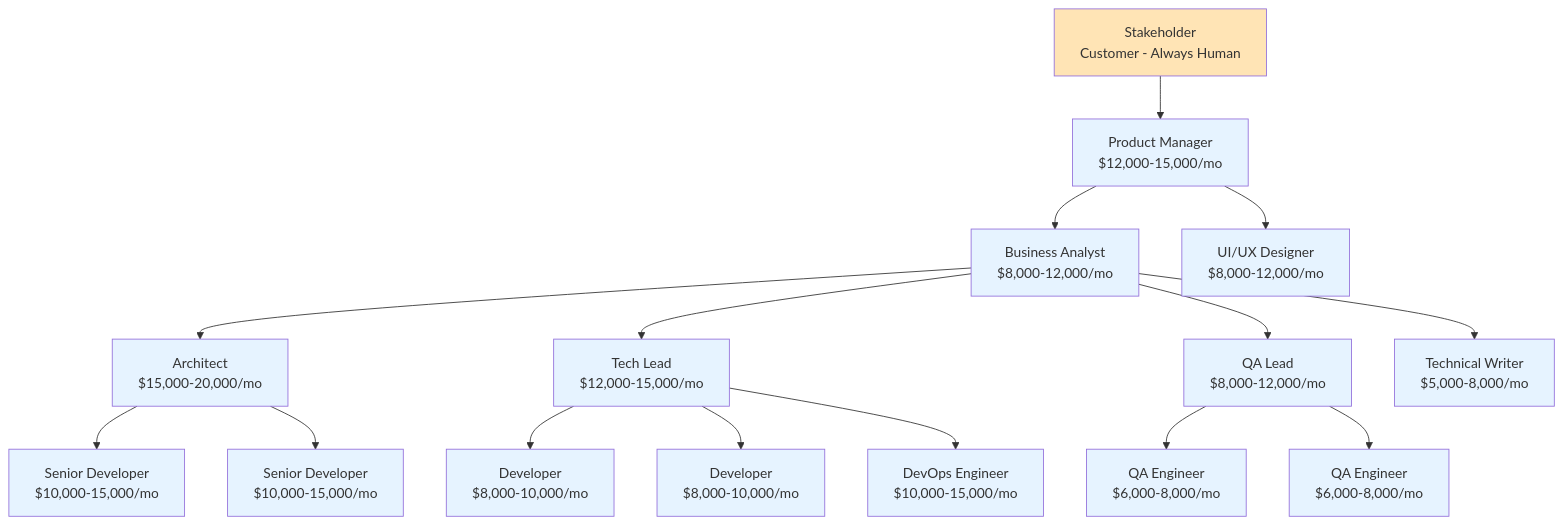
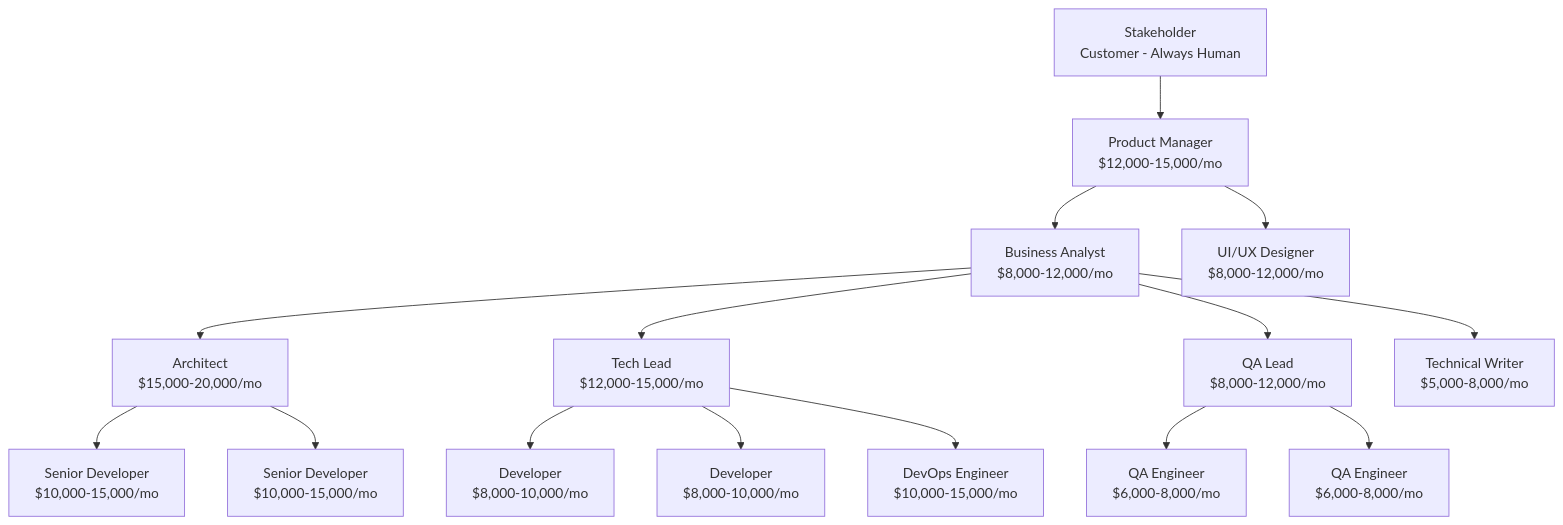
One commit to o2alexanderfedin/AI-Hive-Business-Docs changed the diagram in presentations/from-team-to-agents/slides/slide-02-classical-team.md. Above: the diagram before and after it, drawn with Mermaid. The commit also changed 3 other files, not shown here.

First line of the commit message:
Remove color schemes from all Mermaid diagrams

````diff
--- a/presentations/from-team-to-agents/slides/slide-02-classical-team.md
+++ b/presentations/from-team-to-agents/slides/slide-02-classical-team.md
@@ -11,34 +11,18 @@
 ```mermaid
 graph TD
     A[Stakeholder<br/>Customer - Always Human] --> B[Product Manager<br/>$12,000-15,000/mo]
     B --> C[Business Analyst<br/>$8,000-12,000/mo]
     C --> D[Architect<br/>$15,000-20,000/mo]
     C --> E[Tech Lead<br/>$12,000-15,000/mo]
     D --> F[Senior Developer<br/>$10,000-15,000/mo]
     D --> G[Senior Developer<br/>$10,000-15,000/mo]
     E --> H[Developer<br/>$8,000-10,000/mo]
     E --> I[Developer<br/>$8,000-10,000/mo]
 
     B --> J[UI/UX Designer<br/>$8,000-12,000/mo]
     C --> K[QA Lead<br/>$8,000-12,000/mo]
     K --> L[QA Engineer<br/>$6,000-8,000/mo]
     K --> M[QA Engineer<br/>$6,000-8,000/mo]
     E --> N[DevOps Engineer<br/>$10,000-15,000/mo]
     C --> O[Technical Writer<br/>$5,000-8,000/mo]
-
-    style A fill:#FFE4B5
-    style B fill:#E6F3FF
-    style C fill:#E6F3FF
-    style D fill:#E6F3FF
-    style E fill:#E6F3FF
-    style F fill:#E6F3FF
-    style G fill:#E6F3FF
-    style H fill:#E6F3FF
-    style I fill:#E6F3FF
-    style J fill:#E6F3FF
-    style K fill:#E6F3FF
-    style L fill:#E6F3FF
-    style M fill:#E6F3FF
-    style N fill:#E6F3FF
-    style O fill:#E6F3FF
 ```
````
